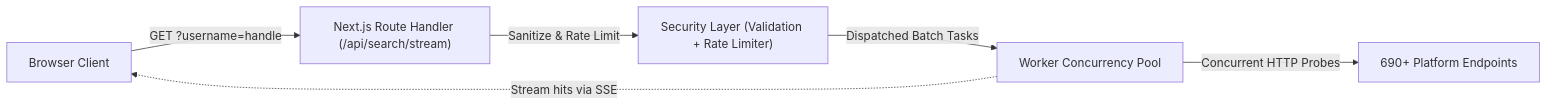
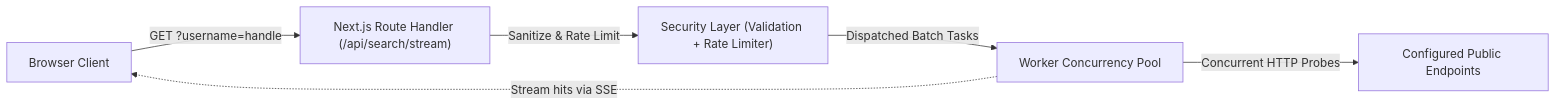
One commit to saahiyo/userscope changed the diagram in README.md. Above: the diagram before and after it, drawn with Mermaid. The commit also changed other lines of this file and 22 other files, not shown here.

````diff
--- a/README.md
+++ b/README.md
@@ -56,14 +56,14 @@
 ```mermaid
 flowchart LR
     Client["Browser Client"]
     Router["Next.js Route Handler (/api/search/stream)"]
     Sec["Security Layer (Validation + Rate Limiter)"]
     Pool["Worker Concurrency Pool"]
-    Targets["690+ Platform Endpoints"]
+    Targets["Configured Public Endpoints"]
 
     Client -->|"GET ?username=handle"| Router
     Router -->|"Sanitize & Rate Limit"| Sec
     Sec -->|"Dispatched Batch Tasks"| Pool
     Pool -->|"Concurrent HTTP Probes"| Targets
     Pool -.->|"Stream hits via SSE"| Client
 ```
````
